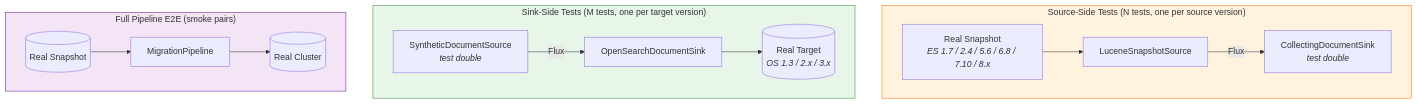
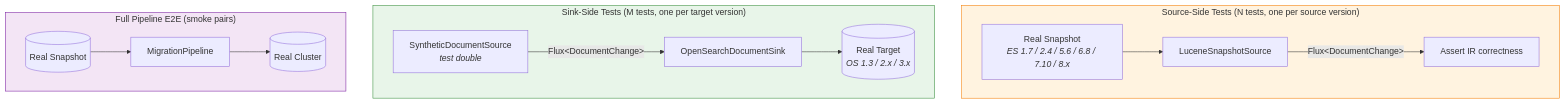
One commit to opensearch-project/opensearch-migrations changed the diagram in rfs-pipeline/docs/testing-strategy.md. Above: the diagram before and after it, drawn with Mermaid. The commit also changed 8 other files, not shown here.

````diff
--- a/rfs-pipeline/docs/testing-strategy.md
+++ b/rfs-pipeline/docs/testing-strategy.md
@@ -7,27 +7,27 @@
 ```mermaid
 flowchart TB
     subgraph SourceTests["Source-Side Tests (N tests, one per source version)"]
         direction LR
         RS[Real Snapshot<br/><i>ES 1.7 / 2.4 / 5.6 / 6.8 / 7.10 / 8.x</i>]
         LSS2[LuceneSnapshotSource]
-        CDS[CollectingDocumentSink<br/><i>test double</i>]
-        RS --> LSS2 -->|"Flux<DocumentChange>"| CDS
+        ASSERT1[Assert IR correctness]
+        RS --> LSS2 -->|"Flux&lt;DocumentChange&gt;"| ASSERT1
     end
 
     subgraph SinkTests["Sink-Side Tests (M tests, one per target version)"]
         direction LR
         SDS[SyntheticDocumentSource<br/><i>test double</i>]
         ODS2[OpenSearchDocumentSink]
         TC[(Real Target<br/><i>OS 1.3 / 2.x / 3.x</i>)]
-        SDS -->|"Flux<DocumentChange>"| ODS2 --> TC
+        SDS -->|"Flux&lt;DocumentChange&gt;"| ODS2 --> TC
     end
 
     subgraph E2ETests["Full Pipeline E2E (smoke pairs)"]
         direction LR
         SNAP[(Real Snapshot)] --> PIPE[MigrationPipeline] --> CLUSTER[(Real Cluster)]
     end
 
     style SourceTests fill:#fff3e0,stroke:#f57c00
     style SinkTests fill:#e8f5e9,stroke:#388e3c
     style E2ETests fill:#f3e5f5,stroke:#7b1fa2
 ```
````
